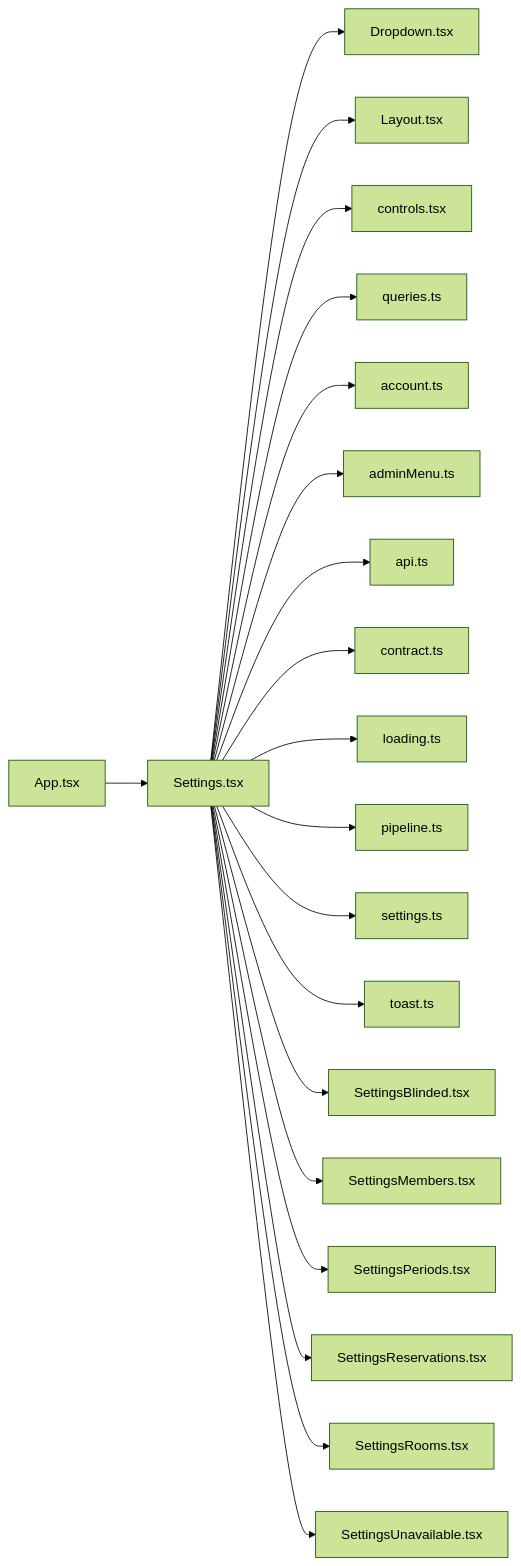
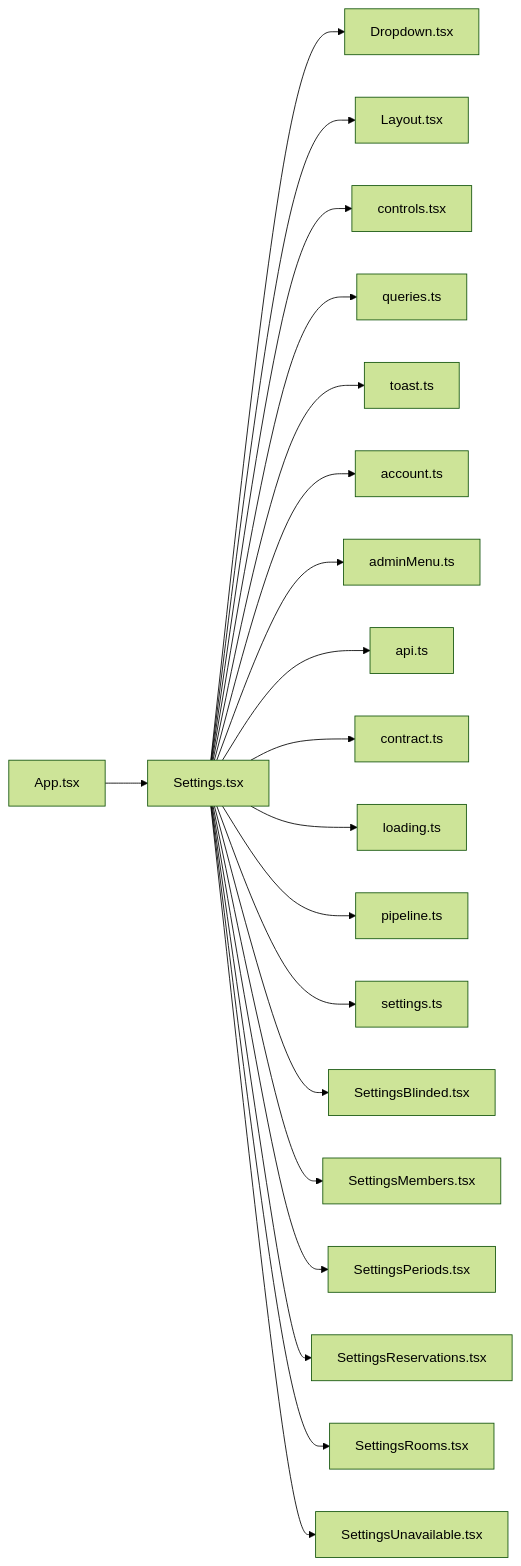
The diagram in .cluedoc/graph/frontend/src/routes/Settings.md (minkong-dev/Banblit), drawn with Mermaid (forest theme) before and after one commit. The commit also changed other lines of this file and 47 other files, not shown here.

Commit message:
frontend: move toast into components

````diff
--- a/.cluedoc/graph/frontend/src/routes/Settings.md
+++ b/.cluedoc/graph/frontend/src/routes/Settings.md
@@ -10,23 +10,23 @@
 ```mermaid
 flowchart LR
   frontend_src_routes_Settings["Settings.tsx"]
   frontend_src_routes_Settings --> frontend_src_components_Dropdown["Dropdown.tsx"]
   frontend_src_routes_Settings --> frontend_src_components_Layout["Layout.tsx"]
   frontend_src_routes_Settings --> frontend_src_components_controls["controls.tsx"]
   frontend_src_routes_Settings --> frontend_src_components_queries["queries.ts"]
+  frontend_src_routes_Settings --> frontend_src_components_toast["toast.ts"]
   frontend_src_routes_Settings --> frontend_src_lib_account["account.ts"]
   frontend_src_routes_Settings --> frontend_src_lib_adminMenu["adminMenu.ts"]
   frontend_src_routes_Settings --> frontend_src_lib_api["api.ts"]
   frontend_src_routes_Settings --> frontend_src_lib_contract["contract.ts"]
   frontend_src_routes_Settings --> frontend_src_lib_loading["loading.ts"]
   frontend_src_routes_Settings --> frontend_src_lib_pipeline["pipeline.ts"]
   frontend_src_routes_Settings --> frontend_src_lib_settings["settings.ts"]
-  frontend_src_routes_Settings --> frontend_src_lib_toast["toast.ts"]
   frontend_src_routes_Settings --> frontend_src_routes_SettingsBlinded["SettingsBlinded.tsx"]
   frontend_src_routes_Settings --> frontend_src_routes_SettingsMembers["SettingsMembers.tsx"]
   frontend_src_routes_Settings --> frontend_src_routes_SettingsPeriods["SettingsPeriods.tsx"]
   frontend_src_routes_Settings --> frontend_src_routes_SettingsReservations["SettingsReservations.tsx"]
   frontend_src_routes_Settings --> frontend_src_routes_SettingsRooms["SettingsRooms.tsx"]
   frontend_src_routes_Settings --> frontend_src_routes_SettingsUnavailable["SettingsUnavailable.tsx"]
   frontend_src_App["App.tsx"] --> frontend_src_routes_Settings
 ```
````
